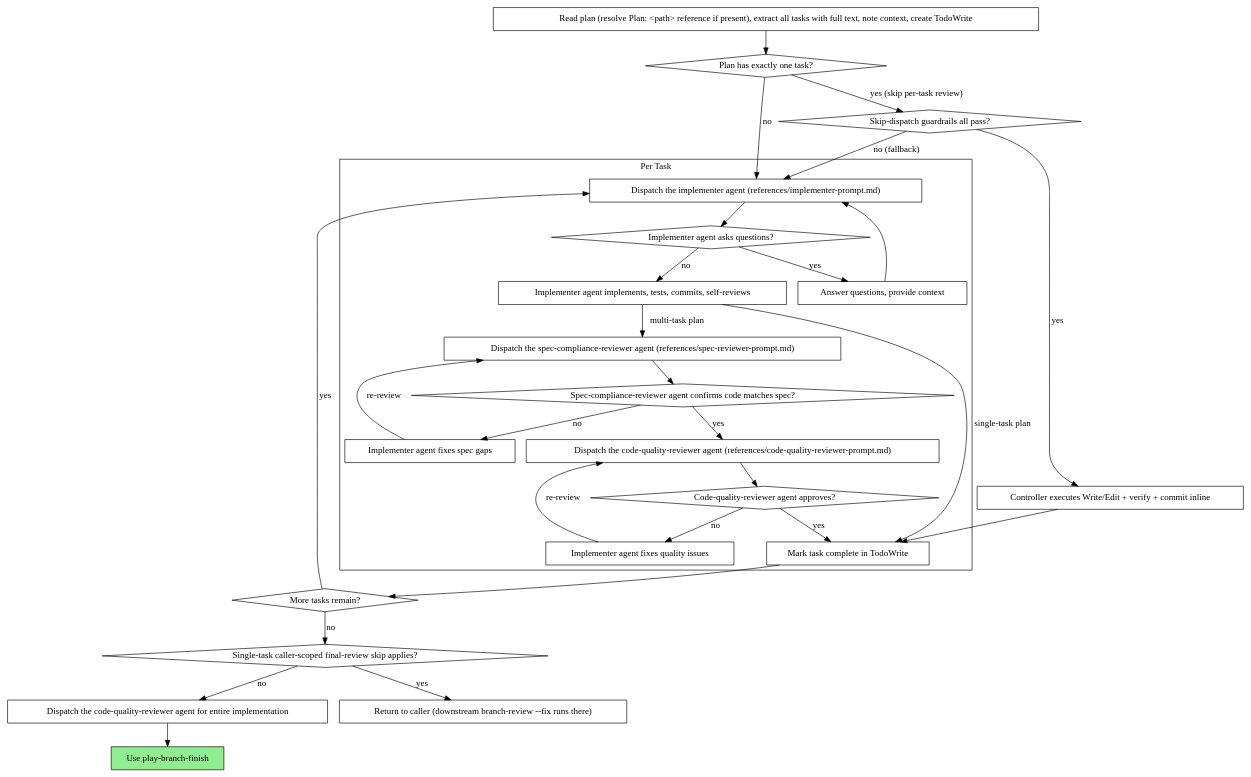
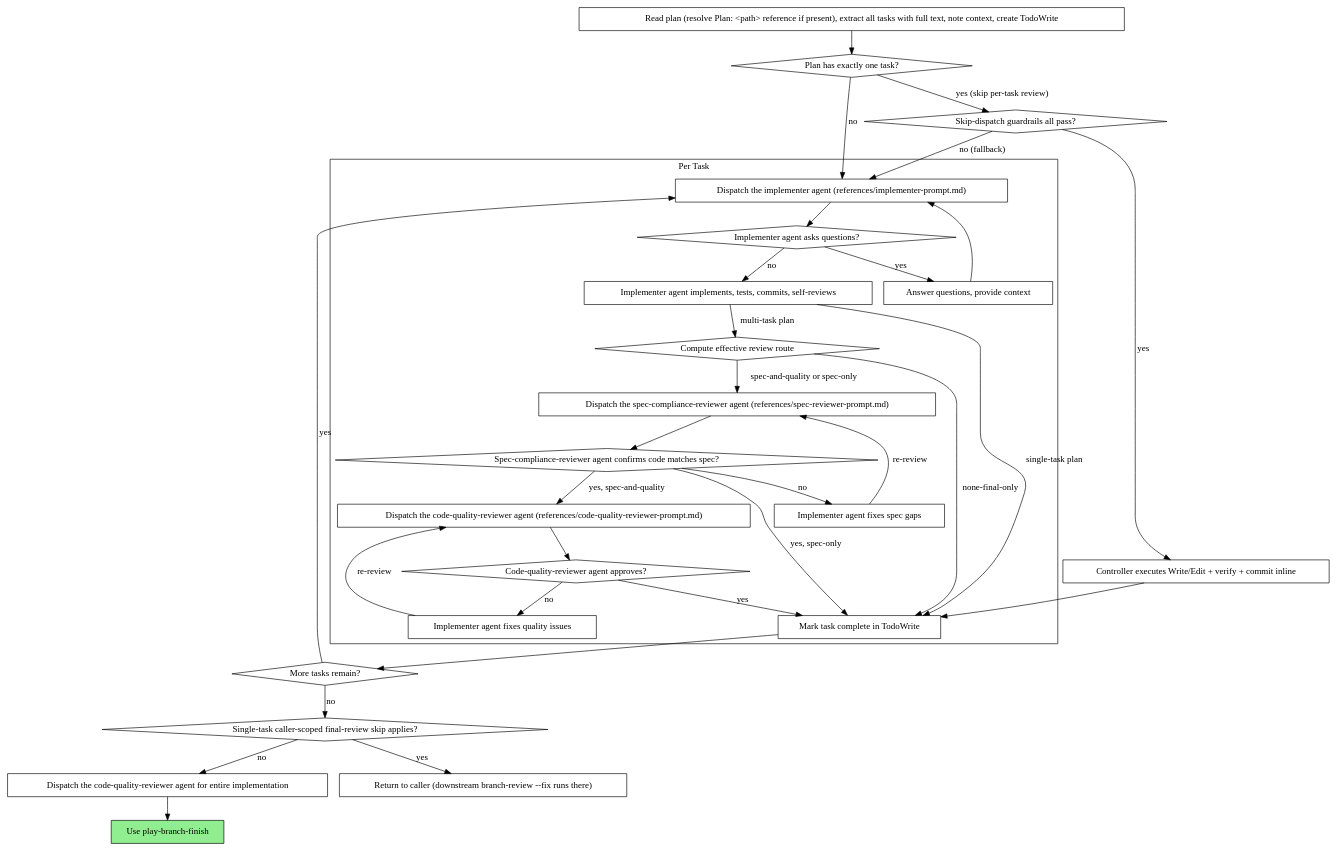
Before and after one commit to ryumiel/devcanon: the second of 3 diagrams in skills/play-subagent-execution/SKILL.md, drawn with Graphviz. The commit also changed other lines of this file and 6 other files, not shown here.

````diff
--- a/skills/play-subagent-execution/SKILL.md
+++ b/skills/play-subagent-execution/SKILL.md
@@ -109,57 +109,61 @@
 ```dot
 digraph process {
     rankdir=TB;
 
     subgraph cluster_per_task {
         label="Per Task";
         "Dispatch the implementer agent (references/implementer-prompt.md)" [shape=box];
         "Implementer agent asks questions?" [shape=diamond];
         "Answer questions, provide context" [shape=box];
         "Implementer agent implements, tests, commits, self-reviews" [shape=box];
+        "Compute effective review route" [shape=diamond];
         "Dispatch the spec-compliance-reviewer agent (references/spec-reviewer-prompt.md)" [shape=box];
         "Spec-compliance-reviewer agent confirms code matches spec?" [shape=diamond];
         "Implementer agent fixes spec gaps" [shape=box];
         "Dispatch the code-quality-reviewer agent (references/code-quality-reviewer-prompt.md)" [shape=box];
         "Code-quality-reviewer agent approves?" [shape=diamond];
         "Implementer agent fixes quality issues" [shape=box];
         "Mark task complete in TodoWrite" [shape=box];
     }
 
     "Read plan (resolve Plan: <path> reference if present), extract all tasks with full text, note context, create TodoWrite" [shape=box];
     "Plan has exactly one task?" [shape=diamond];
     "More tasks remain?" [shape=diamond];
     "Single-task caller-scoped final-review skip applies?" [shape=diamond];
     "Dispatch the code-quality-reviewer agent for entire implementation" [shape=box];
     "Return to caller (downstream branch-review --fix runs there)" [shape=box];
     "Use play-branch-finish" [shape=box style=filled fillcolor=lightgreen];
 
     "Read plan (resolve Plan: <path> reference if present), extract all tasks with full text, note context, create TodoWrite" -> "Plan has exactly one task?";
     "Plan has exactly one task?" -> "Dispatch the implementer agent (references/implementer-prompt.md)" [label="no"];
     "Plan has exactly one task?" -> "Skip-dispatch guardrails all pass?" [label="yes (skip per-task review)"];
     "Skip-dispatch guardrails all pass?" [shape=diamond];
     "Skip-dispatch guardrails all pass?" -> "Controller executes Write/Edit + verify + commit inline" [label="yes"];
     "Skip-dispatch guardrails all pass?" -> "Dispatch the implementer agent (references/implementer-prompt.md)" [label="no (fallback)"];
     "Controller executes Write/Edit + verify + commit inline" [shape=box];
     "Controller executes Write/Edit + verify + commit inline" -> "Mark task complete in TodoWrite";
     "Dispatch the implementer agent (references/implementer-prompt.md)" -> "Implementer agent asks questions?";
     "Implementer agent asks questions?" -> "Answer questions, provide context" [label="yes"];
     "Answer questions, provide context" -> "Dispatch the implementer agent (references/implementer-prompt.md)";
     "Implementer agent asks questions?" -> "Implementer agent implements, tests, commits, self-reviews" [label="no"];
     "Implementer agent implements, tests, commits, self-reviews" -> "Mark task complete in TodoWrite" [label="single-task plan"];
-    "Implementer agent implements, tests, commits, self-reviews" -> "Dispatch the spec-compliance-reviewer agent (references/spec-reviewer-prompt.md)" [label="multi-task plan"];
+    "Implementer agent implements, tests, commits, self-reviews" -> "Compute effective review route" [label="multi-task plan"];
+    "Compute effective review route" -> "Dispatch the spec-compliance-reviewer agent (references/spec-reviewer-prompt.md)" [label="spec-and-quality or spec-only"];
+    "Compute effective review route" -> "Mark task complete in TodoWrite" [label="none-final-only"];
     "Dispatch the spec-compliance-reviewer agent (references/spec-reviewer-prompt.md)" -> "Spec-compliance-reviewer agent confirms code matches spec?";
     "Spec-compliance-reviewer agent confirms code matches spec?" -> "Implementer agent fixes spec gaps" [label="no"];
     "Implementer agent fixes spec gaps" -> "Dispatch the spec-compliance-reviewer agent (references/spec-reviewer-prompt.md)" [label="re-review"];
-    "Spec-compliance-reviewer agent confirms code matches spec?" -> "Dispatch the code-quality-reviewer agent (references/code-quality-reviewer-prompt.md)" [label="yes"];
+    "Spec-compliance-reviewer agent confirms code matches spec?" -> "Dispatch the code-quality-reviewer agent (references/code-quality-reviewer-prompt.md)" [label="yes, spec-and-quality"];
+    "Spec-compliance-reviewer agent confirms code matches spec?" -> "Mark task complete in TodoWrite" [label="yes, spec-only"];
     "Dispatch the code-quality-reviewer agent (references/code-quality-reviewer-prompt.md)" -> "Code-quality-reviewer agent approves?";
     "Code-quality-reviewer agent approves?" -> "Implementer agent fixes quality issues" [label="no"];
     "Implementer agent fixes quality issues" -> "Dispatch the code-quality-reviewer agent (references/code-quality-reviewer-prompt.md)" [label="re-review"];
     "Code-quality-reviewer agent approves?" -> "Mark task complete in TodoWrite" [label="yes"];
     "Mark task complete in TodoWrite" -> "More tasks remain?";
     "More tasks remain?" -> "Dispatch the implementer agent (references/implementer-prompt.md)" [label="yes"];
     "More tasks remain?" -> "Single-task caller-scoped final-review skip applies?" [label="no"];
     "Single-task caller-scoped final-review skip applies?" -> "Return to caller (downstream branch-review --fix runs there)" [label="yes"];
     "Single-task caller-scoped final-review skip applies?" -> "Dispatch the code-quality-reviewer agent for entire implementation" [label="no"];
     "Dispatch the code-quality-reviewer agent for entire implementation" -> "Use play-branch-finish";
 }
 ```
````
